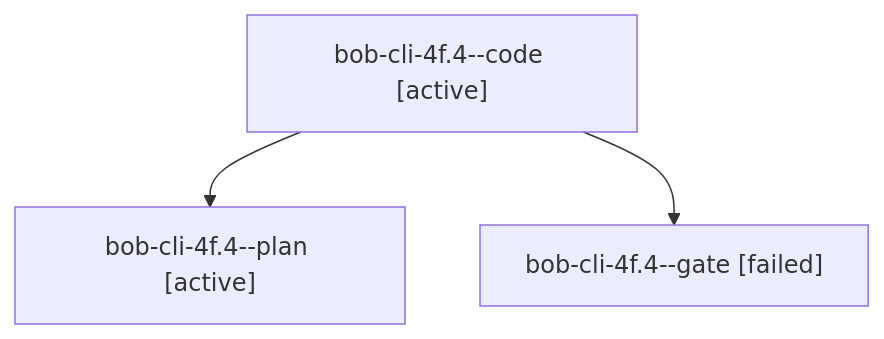
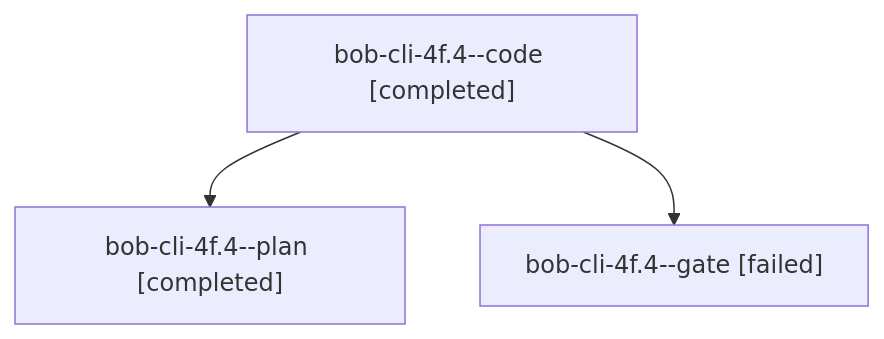
The diagram in sessions/bbugyi200.apollo.bob-cli-4f.4.md (bobs-org/bob-cli--agents), drawn with Mermaid before and after one commit. The commit also changed other lines of this file and 28 other files, not shown here.

````diff
--- a/sessions/bbugyi200.apollo.bob-cli-4f.4.md
+++ b/sessions/bbugyi200.apollo.bob-cli-4f.4.md
@@ -9,8 +9,8 @@
 ```mermaid
 flowchart TD
-  n0["bob-cli-4f.4--code [active]"]
-  n1["bob-cli-4f.4--plan [active]"]
+  n0["bob-cli-4f.4--code [completed]"]
+  n1["bob-cli-4f.4--plan [completed]"]
   n0 --> n1
   n2["bob-cli-4f.4--gate [failed]"]
   n0 --> n2
 ```
````
